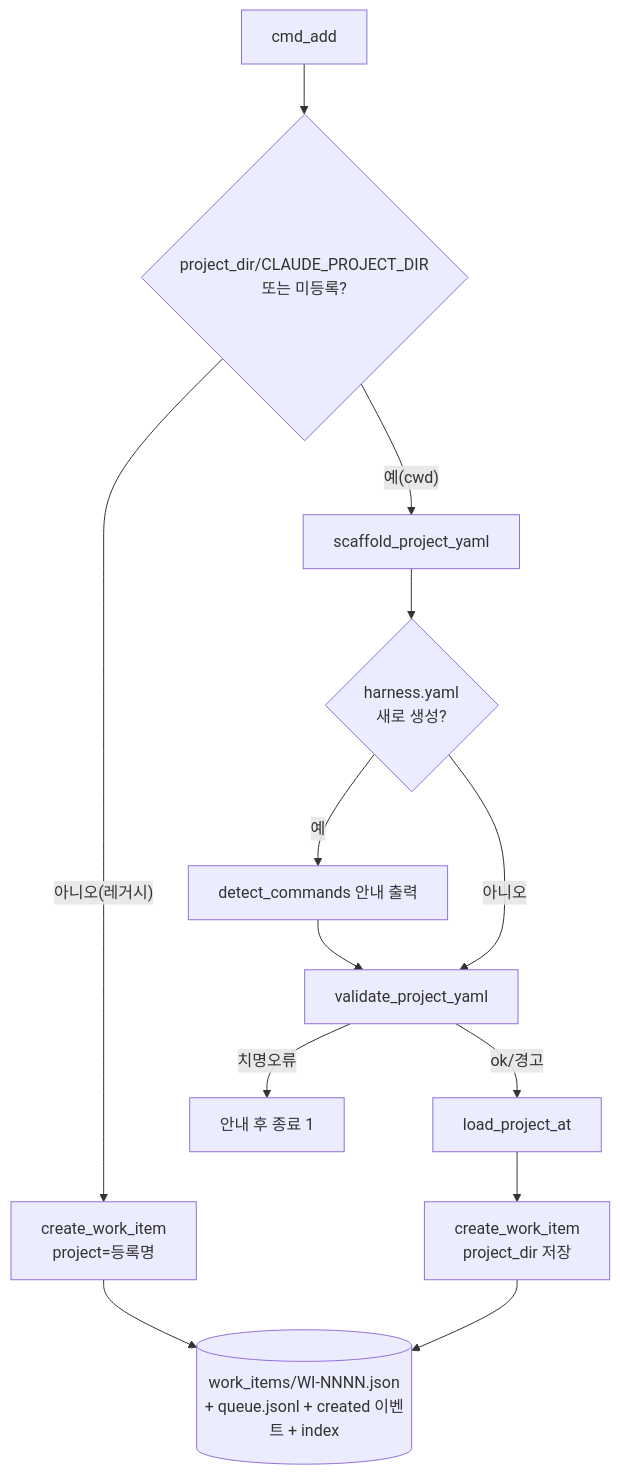
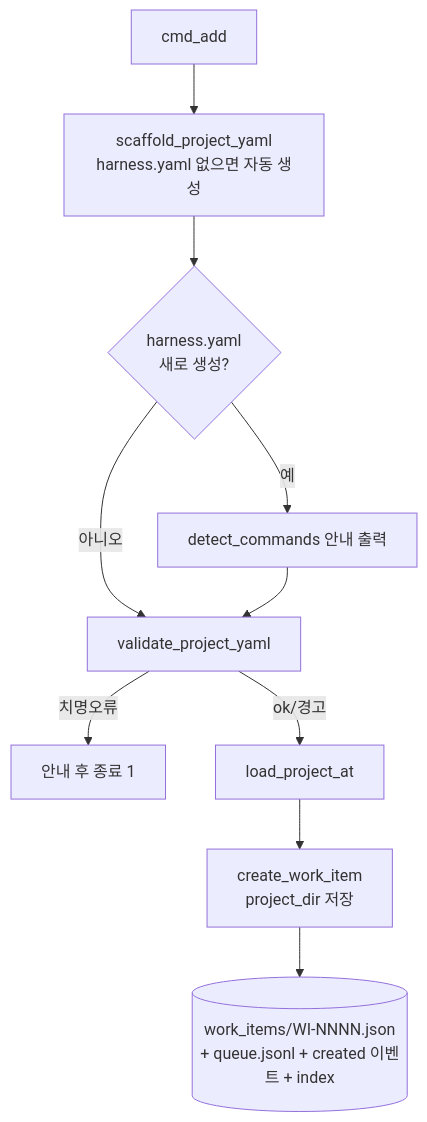
One commit to sejin-k/harness changed the third of 8 diagrams in docs/CODE-FLOW.md. Above: the diagram before and after it, drawn with Mermaid. The commit also changed other lines of this file and 31 other files, not shown here.

First line of the commit message:
refactor: 레거시(projects/<name>/harness.yaml) 코드 완전 제거

````diff
--- a/docs/CODE-FLOW.md
+++ b/docs/CODE-FLOW.md
@@ -157,15 +156,12 @@
 ```mermaid
 flowchart TD
-    A[cmd_add] --> B{project_dir/CLAUDE_PROJECT_DIR<br/>또는 미등록?}
-    B -- 아니오(레거시) --> L[create_work_item<br/>project=등록명]
-    B -- 예(cwd) --> C[scaffold_project_yaml]
+    A[cmd_add] --> C[scaffold_project_yaml<br/>harness.yaml 없으면 자동 생성]
     C --> D{harness.yaml<br/>새로 생성?}
     D -- 예 --> E[detect_commands 안내 출력]
     D -- 아니오 --> F[validate_project_yaml]
     E --> F
     F -- 치명오류 --> X[안내 후 종료 1]
     F -- ok/경고 --> G[load_project_at]
     G --> H[create_work_item<br/>project_dir 저장]
-    L --> Z[(work_items/WI-NNNN.json<br/>+ queue.jsonl + created 이벤트 + index)]
-    H --> Z
+    H --> Z[(work_items/WI-NNNN.json<br/>+ queue.jsonl + created 이벤트 + index)]
 ```
````
